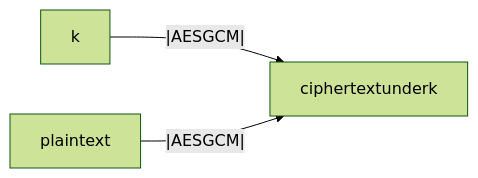
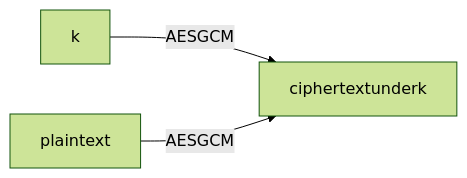
One commit to rfielding/whiskeyTango changed the second of 2 diagrams in README.md. Above: the diagram before and after it, drawn with Mermaid (forest theme).

Commit message:
update diagram

````diff
--- a/README.md
+++ b/README.md
@@ -94,5 +94,5 @@
 ```mermaid
 flowchart LR
-  k--|AESGCM|-->ciphertextunderk
-  plaintext--|AESGCM|-->ciphertextunderk
+  k-- AESGCM -->ciphertextunderk
+  plaintext-- AESGCM -->ciphertextunderk
 ```
````
